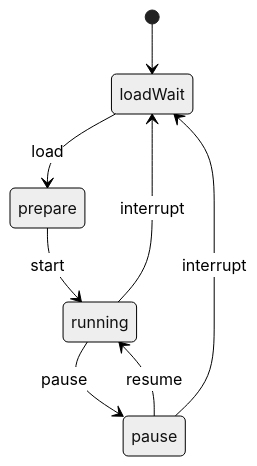
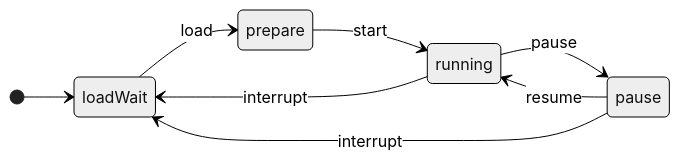
Before and after one commit to mui-z/EffectiveNovelCore: the diagram in README.md, drawn with Mermaid (neutral theme).

Commit message:
update: update figure

````diff
--- a/README.md
+++ b/README.md
@@ -71,10 +71,11 @@
 ```mermaid
 stateDiagram-v2
+    direction LR
     [*] --> loadWait
     loadWait --> prepare: load
     prepare --> running: start
     running --> pause: pause
     pause --> running: resume
     running --> loadWait: interrupt
     pause --> loadWait: interrupt
 ```
````
